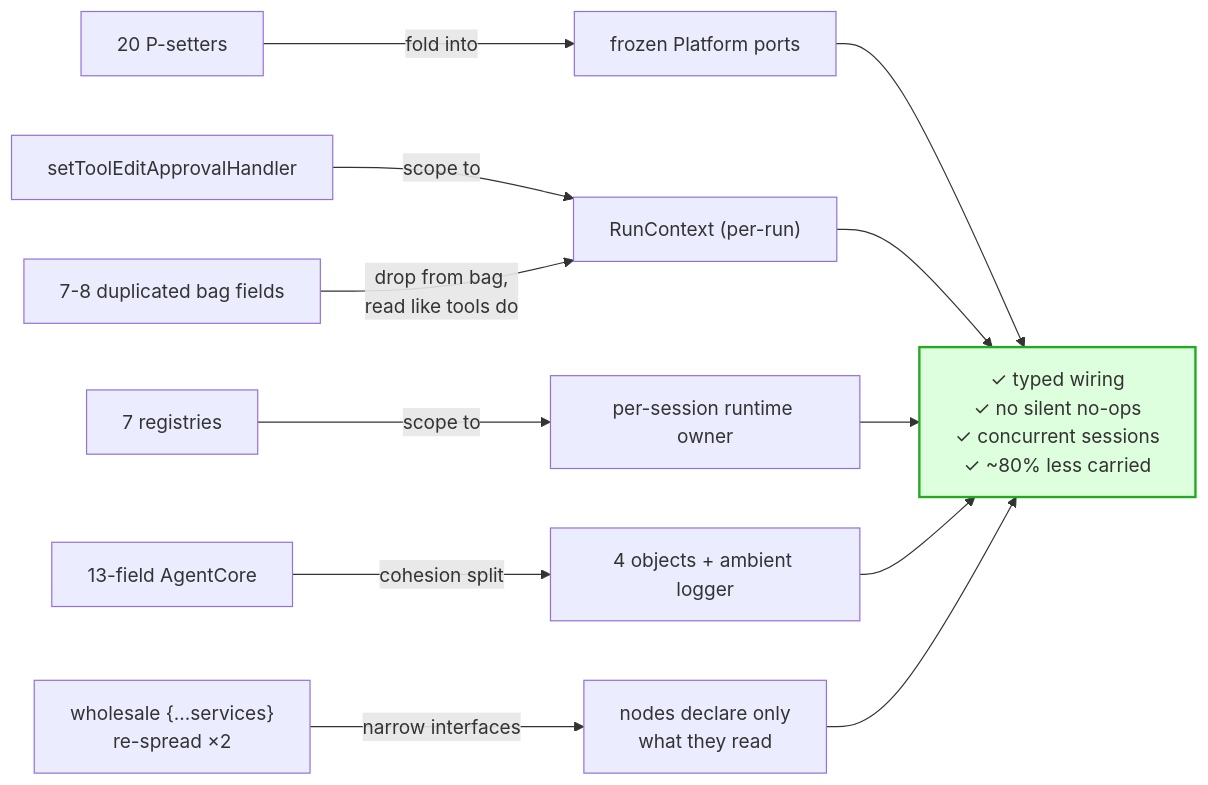
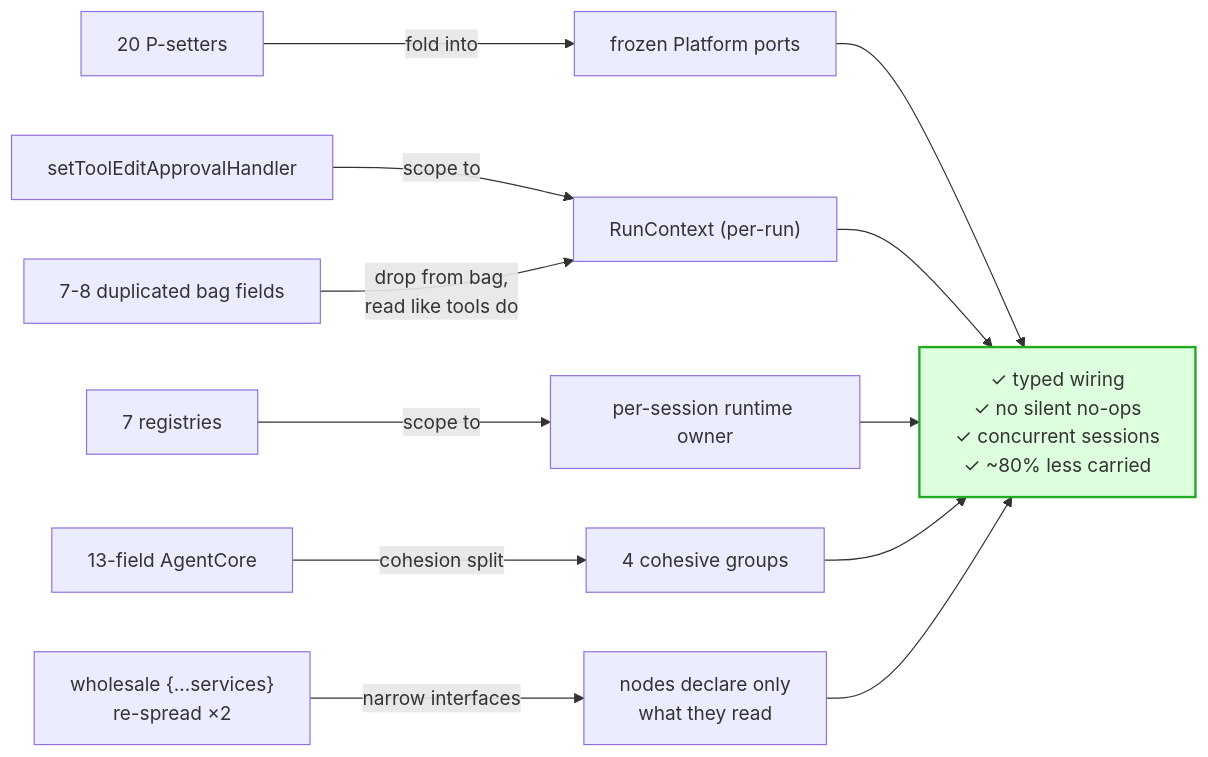
The seventh of 7 diagrams in docs/proposals/dependency-injection-cleanup.md (LionSR/TeXRA), drawn with Mermaid before and after one commit.

Commit message:
docs: clarify dependency audit plan label

````diff
--- a/docs/proposals/dependency-injection-cleanup.md
+++ b/docs/proposals/dependency-injection-cleanup.md
@@ -291,17 +291,17 @@
 ```mermaid
 flowchart LR
     P1["20 P-setters"] -->|fold into| PORTS["frozen Platform ports"]
     P2["setToolEditApprovalHandler"] -->|scope to| RUN["RunContext (per-run)"]
     P2B["7 registries"] -->|scope to| SESSION["per-session runtime owner"]
     P3["7-8 duplicated bag fields"] -->|drop from bag,\nread like tools do| RUN
-    P4["13-field AgentCore"] -->|cohesion split| FOUR["4 objects + ambient logger"]
+    P4["13-field AgentCore"] -->|cohesion split| FOUR["4 cohesive groups"]
     P5["wholesale {...services}\nre-spread ×2"] -->|narrow interfaces| ISP["nodes declare only\nwhat they read"]
 
     PORTS --> WIN["✓ typed wiring\n✓ no silent no-ops\n✓ concurrent sessions\n✓ ~80% less carried"]
     RUN --> WIN
     SESSION --> WIN
     FOUR --> WIN
     ISP --> WIN
 
     style WIN fill:#dfd,stroke:#2a2,stroke-width:2px
 ```
````
